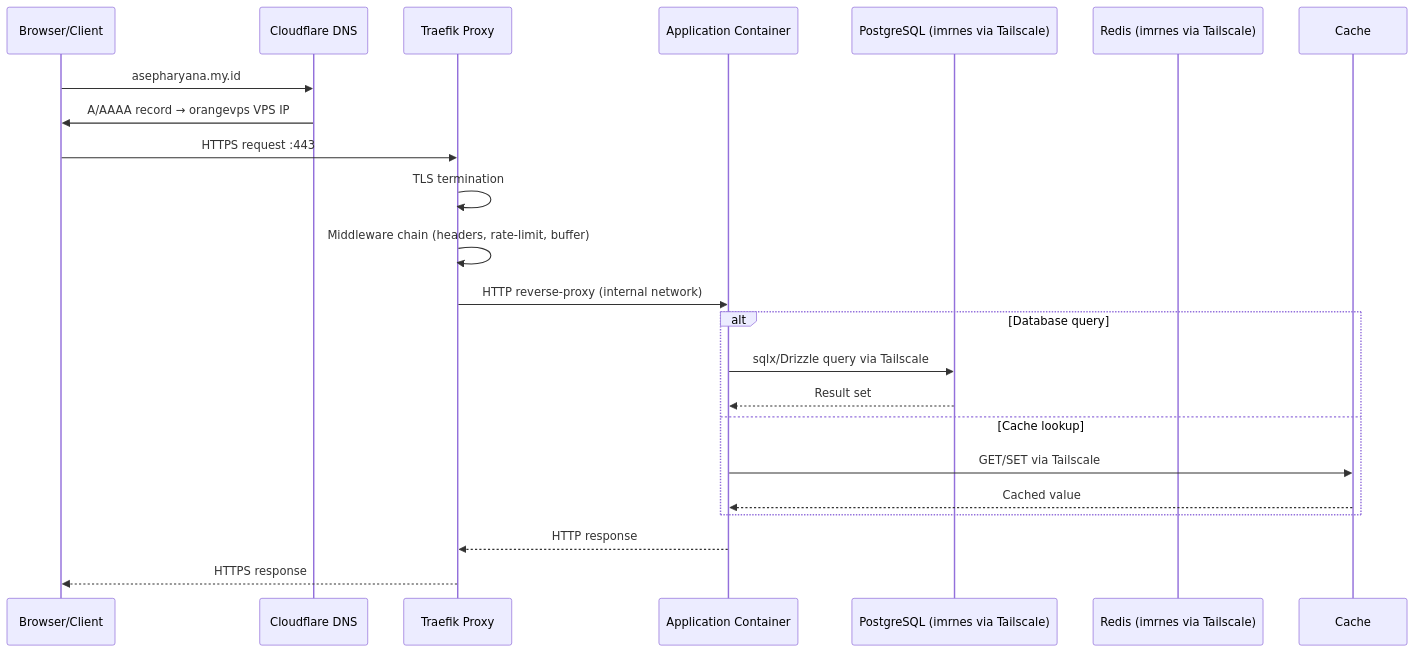
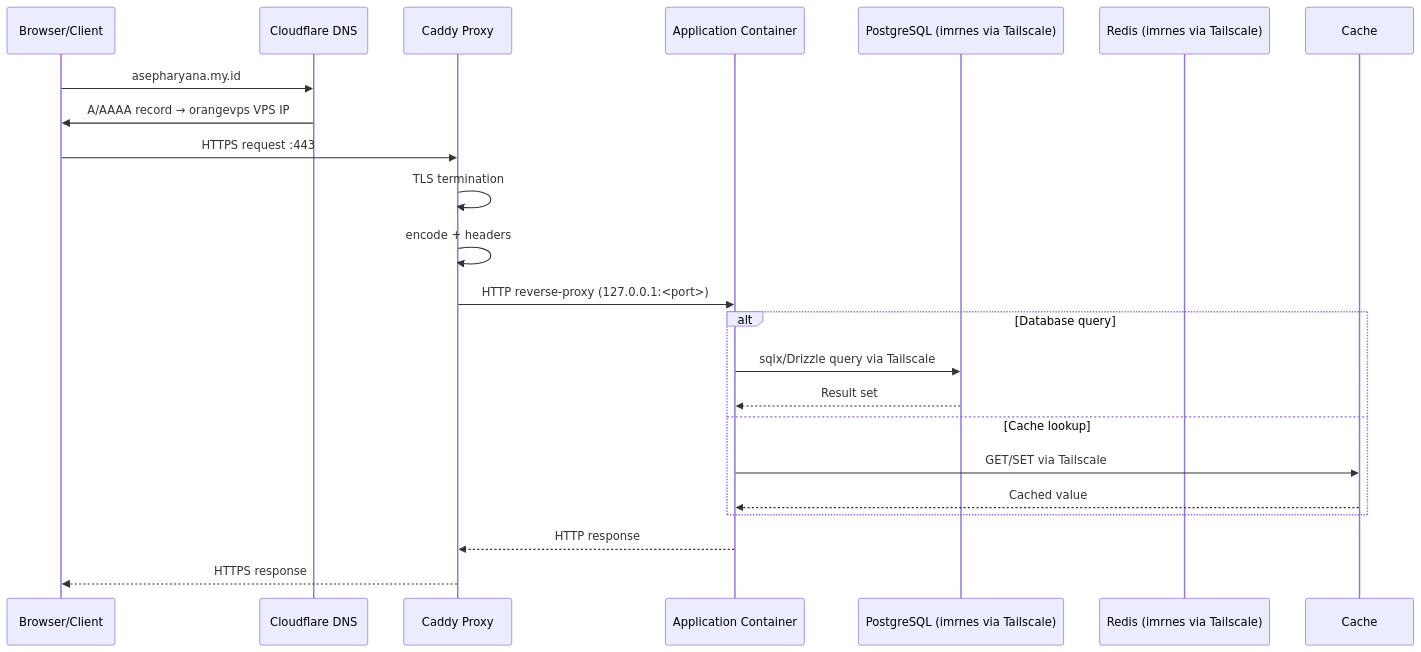
The second of 5 diagrams in ARCHITECTURE.md (asepharyana/asepharyana-hub), drawn with Mermaid before and after one commit. The commit also changed other lines of this file and 10 other files, not shown here.

Commit message:
docs: sync infra docs to Caddy+Nix 4000s (Traefik/Docker legacy)

````diff
--- a/ARCHITECTURE.md
+++ b/ARCHITECTURE.md
@@ -126,27 +136,27 @@
 ```mermaid
 sequenceDiagram
     participant User as Browser/Client
     participant DNS as Cloudflare DNS
-    participant Traefik as Traefik Proxy
+    participant Caddy as Caddy Proxy
     participant App as Application Container
     participant DB as PostgreSQL (imrnes via Tailscale)
     participant Redis as Redis (imrnes via Tailscale)
 
     User->>DNS: asepharyana.my.id
     DNS->>User: A/AAAA record → orangevps VPS IP
-    User->>Traefik: HTTPS request :443
-    Traefik->>Traefik: TLS termination
-    Traefik->>Traefik: Middleware chain (headers, rate-limit, buffer)
-    Traefik->>App: HTTP reverse-proxy (internal network)
+    User->>Caddy: HTTPS request :443
+    Caddy->>Caddy: TLS termination
+    Caddy->>Caddy: encode + headers
+    Caddy->>App: HTTP reverse-proxy (127.0.0.1:<port>)
 
     alt Database query
         App->>DB: sqlx/Drizzle query via Tailscale
         DB-->>App: Result set
     else Cache lookup
         App->>Cache: GET/SET via Tailscale
         Cache-->>App: Cached value
     end
 
-    App-->>Traefik: HTTP response
-    Traefik-->>User: HTTPS response
+    App-->>Caddy: HTTP response
+    Caddy-->>User: HTTPS response
 ```
````
